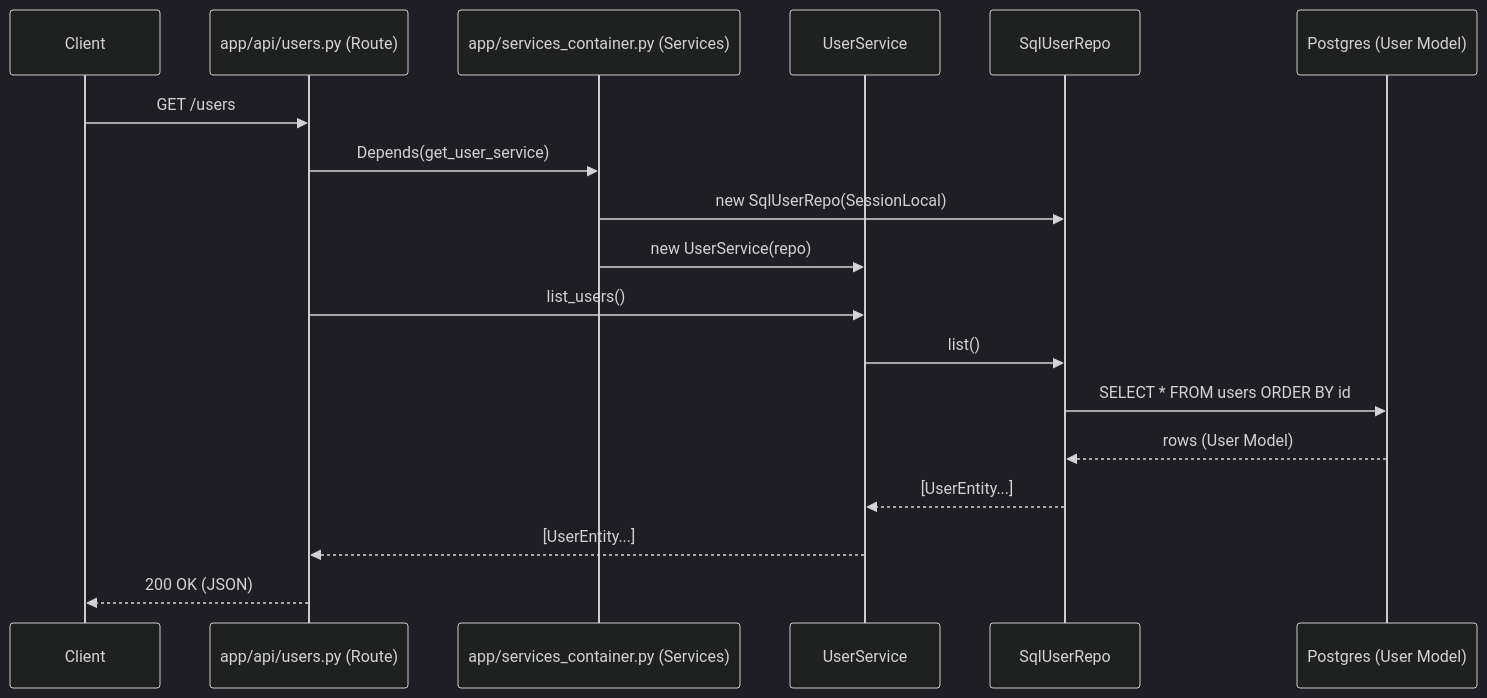
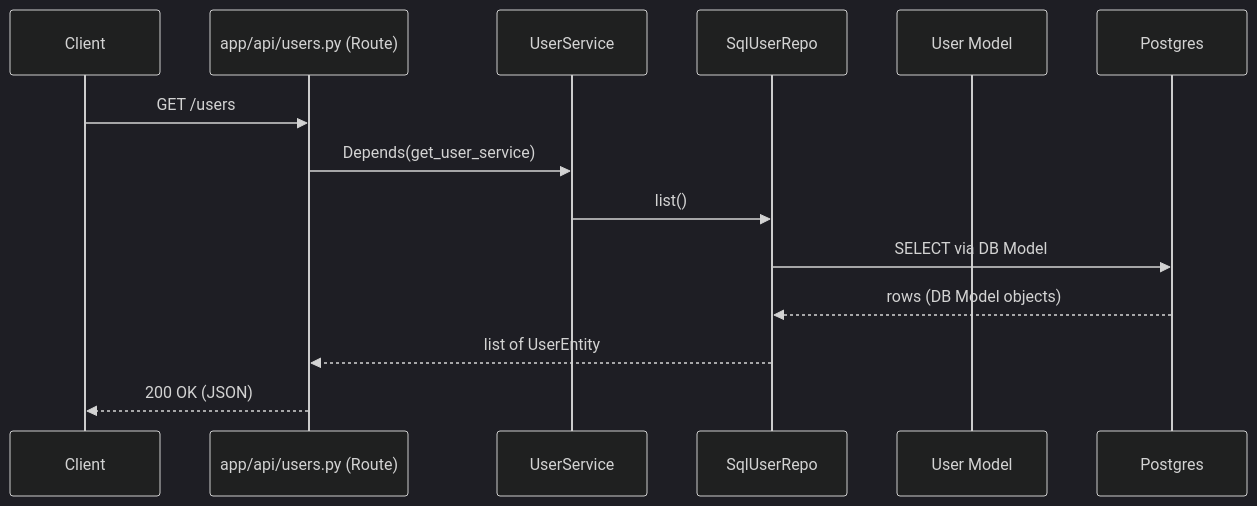
The diagram in docs/diagrams/ExampleAPI-DB-workflow.md (gschadegg/FinGuard), drawn with Mermaid (dark theme) before and after one commit.

Commit message:
Update ExampleAPI-DB-workflow.md
Simplifying sequence diagram

````diff
--- a/docs/diagrams/ExampleAPI-DB-workflow.md
+++ b/docs/diagrams/ExampleAPI-DB-workflow.md
@@ -1,21 +1,19 @@
 ```mermaid
     sequenceDiagram
-        participant Client
-        participant API as app/api/users.py (Route)
-        participant Ctn as app/services_container.py (Services)
-        participant Svc as UserService
-        participant Repo as SqlUserRepo
-        participant DB as Postgres (User Model)
-
-        Client->>API: GET /users
-        API->>Ctn: Depends(get_user_service)
-        Ctn->>Repo: new SqlUserRepo(SessionLocal)
-        Ctn->>Svc: new UserService(repo)
-        API->>Svc: list_users()
-        Svc->>Repo: list()
-        Repo->>DB: SELECT * FROM users ORDER BY id
-        DB-->>Repo: rows (User Model)
-        Repo-->>Svc: [UserEntity...]
-        Svc-->>API: [UserEntity...]
-        API-->>Client: 200 OK (JSON)
+      participant Client
+      participant API as app/api/users.py (Route)
+      participant SVC as UserService
+      participant REPO as SqlUserRepo
+      participant ORM as User Model
+      participant DB as Postgres
+    
+      Client->>API: GET /users
+      API->>SVC: Depends(get_user_service)
+    
+      SVC->>REPO: list()
+      REPO->>DB: SELECT via DB Model
+      DB-->>REPO: rows (DB Model objects)
+      REPO-->>API: list of UserEntity
+    
+      API-->>Client: 200 OK (JSON)
 ```
````
